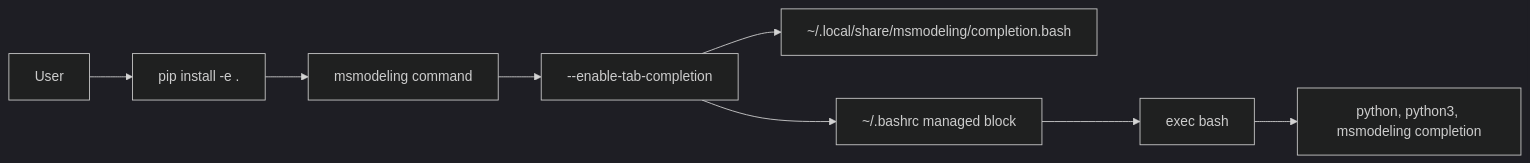
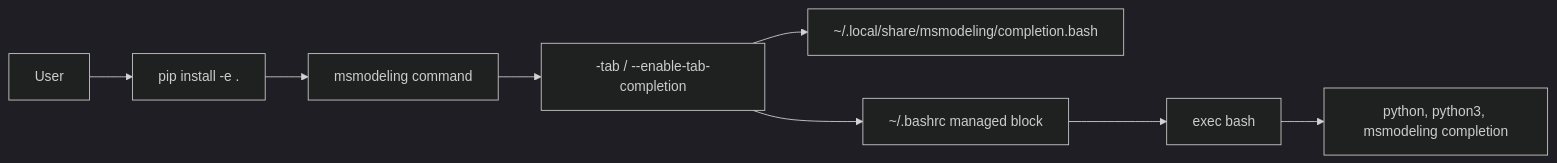
One commit to eveyin2026abc-creator/yq changed the diagram in docs/RFC/rfc_cli_static_tab_completion_zh.md. Above: the diagram before and after it, drawn with Mermaid (dark theme). The commit also changed other lines of this file and 6 other files, not shown here.

Commit message:
add tab completion

````diff
--- a/docs/RFC/rfc_cli_static_tab_completion_zh.md
+++ b/docs/RFC/rfc_cli_static_tab_completion_zh.md
@@ -81,10 +81,10 @@
 ```mermaid
 flowchart LR
     User[User] --> Install["pip install -e ."]
     Install --> Entry["msmodeling command"]
-    Entry --> Enable["--enable-tab-completion"]
+    Entry --> Enable["-tab / --enable-tab-completion"]
     Enable --> Script["~/.local/share/msmodeling/completion.bash"]
     Enable --> Bashrc["~/.bashrc managed block"]
     Bashrc --> NewShell["exec bash"]
     NewShell --> Complete["python, python3, msmodeling completion"]
 ```
````
